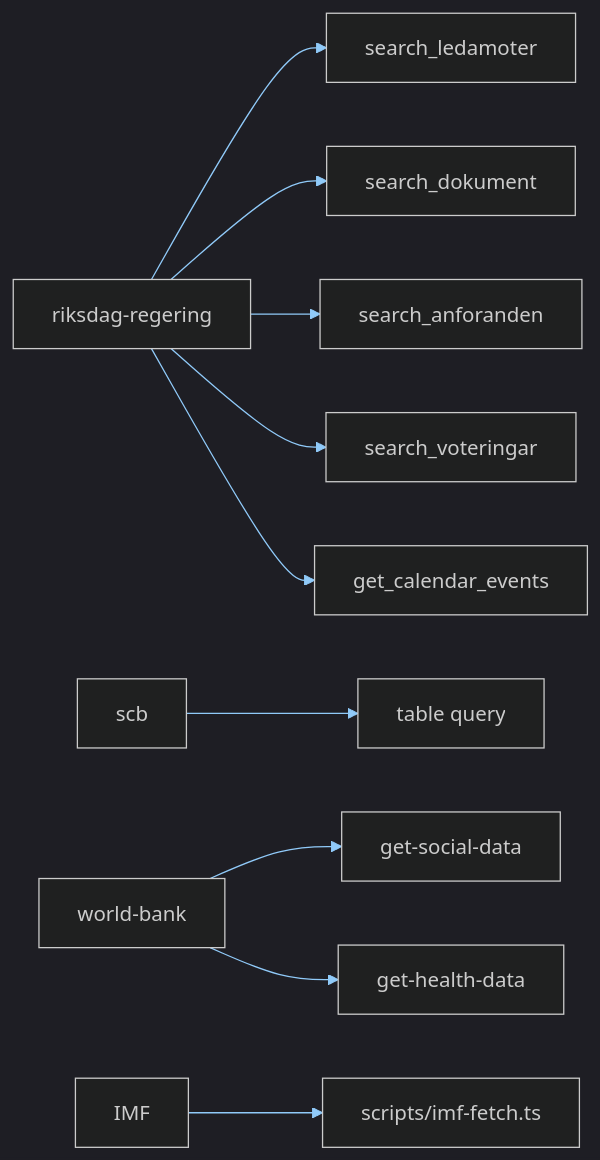
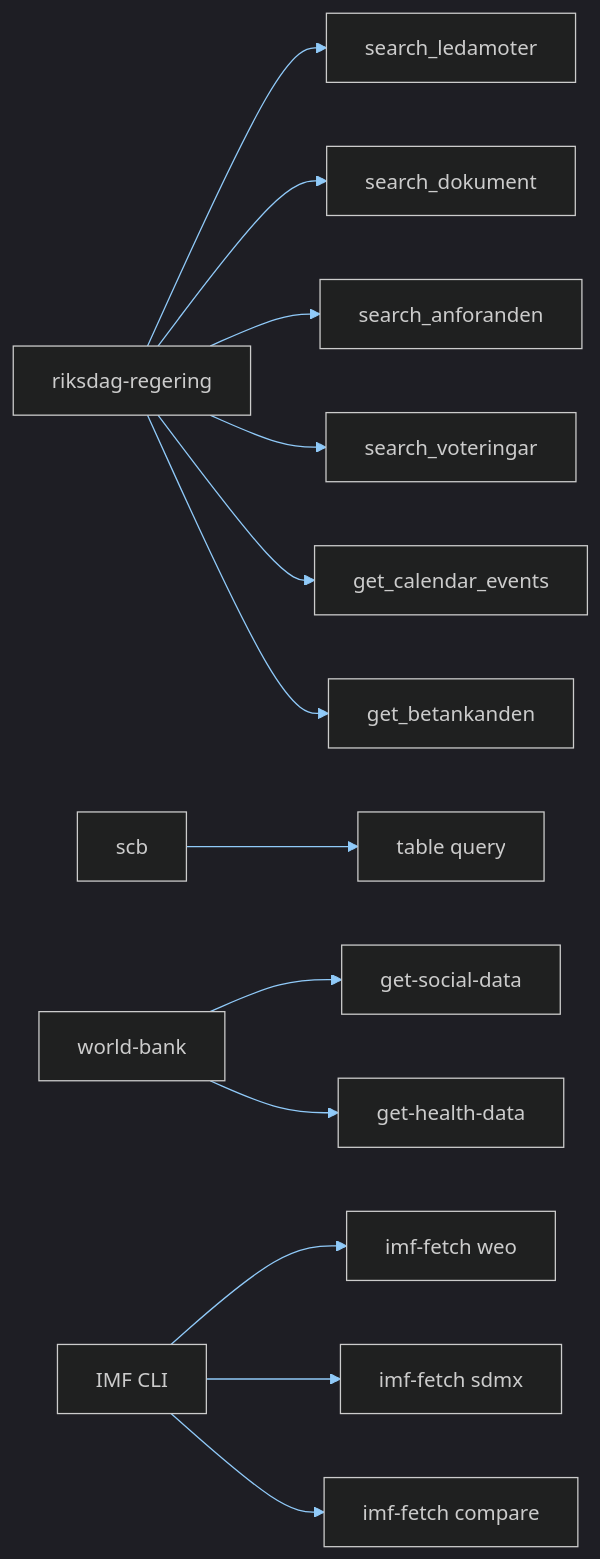
One commit to Hack23/riksdagsmonitor changed the first of 2 diagrams in analysis/templates/mcp-reliability-audit.md. Above: the diagram before and after it, drawn with Mermaid. The commit also changed other lines of this file and 3 other files, not shown here.

````diff
--- a/analysis/templates/mcp-reliability-audit.md
+++ b/analysis/templates/mcp-reliability-audit.md
@@ -34,17 +45,21 @@
 ```mermaid
 %%{init: {"theme":"dark","themeVariables":{"primaryColor":"#1565C0","primaryTextColor":"#ffffff","lineColor":"#90CAF9","secondaryColor":"#2E7D32","tertiaryColor":"#FF9800","fontFamily":"Inter, Helvetica, Arial, sans-serif"}}}%%
 flowchart LR
     RR[riksdag-regering] --> RR1[search_ledamoter]
     RR --> RR2[search_dokument]
     RR --> RR3[search_anforanden]
     RR --> RR4[search_voteringar]
     RR --> RR5[get_calendar_events]
+    RR --> RR6[get_betankanden]
     SCB[scb] --> SCB1[table query]
     WB[world-bank] --> WB1[get-social-data]
     WB --> WB2[get-health-data]
-    IMF[IMF] --> IMF1[scripts/imf-fetch.ts]
+    IMF[IMF CLI] --> IMF1[imf-fetch weo]
+    IMF --> IMF2[imf-fetch sdmx]
+    IMF --> IMF3[imf-fetch compare]
 
     classDef ok fill:#2E7D32,color:#ffffff
     classDef deg fill:#FF9800,color:#000000
     classDef fail fill:#D32F2F,color:#ffffff
+    classDef pending fill:#616161,color:#ffffff
 ```
````
